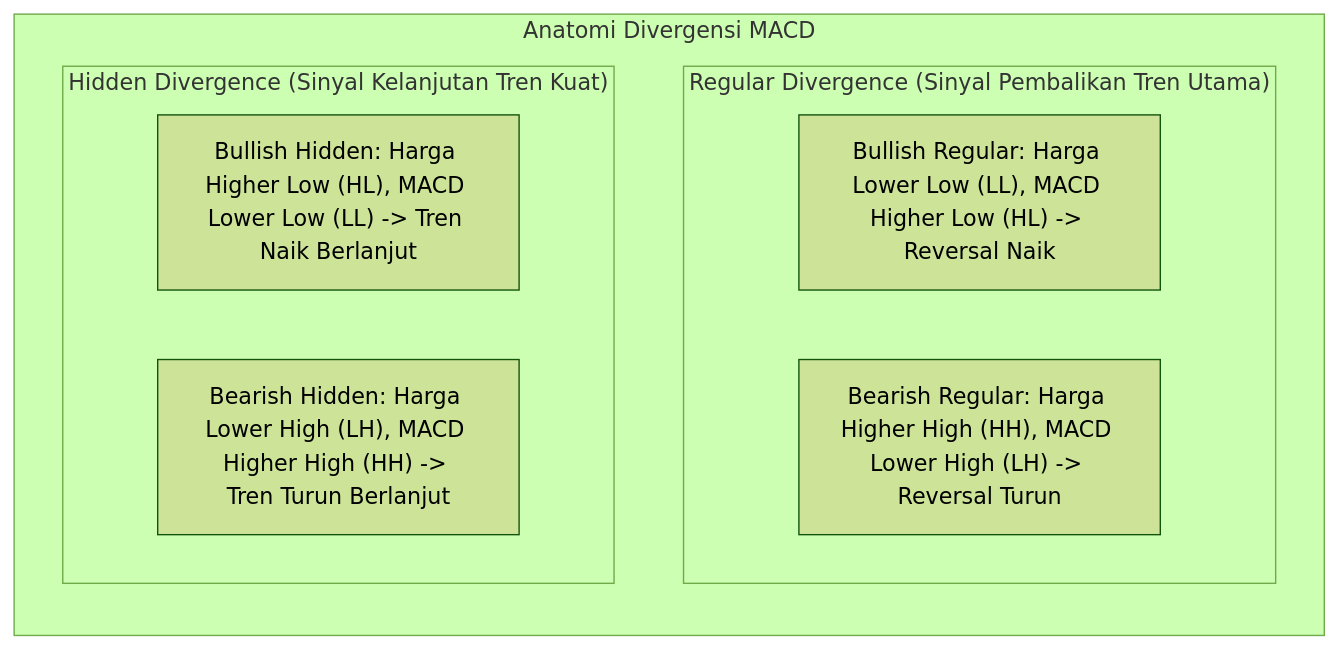
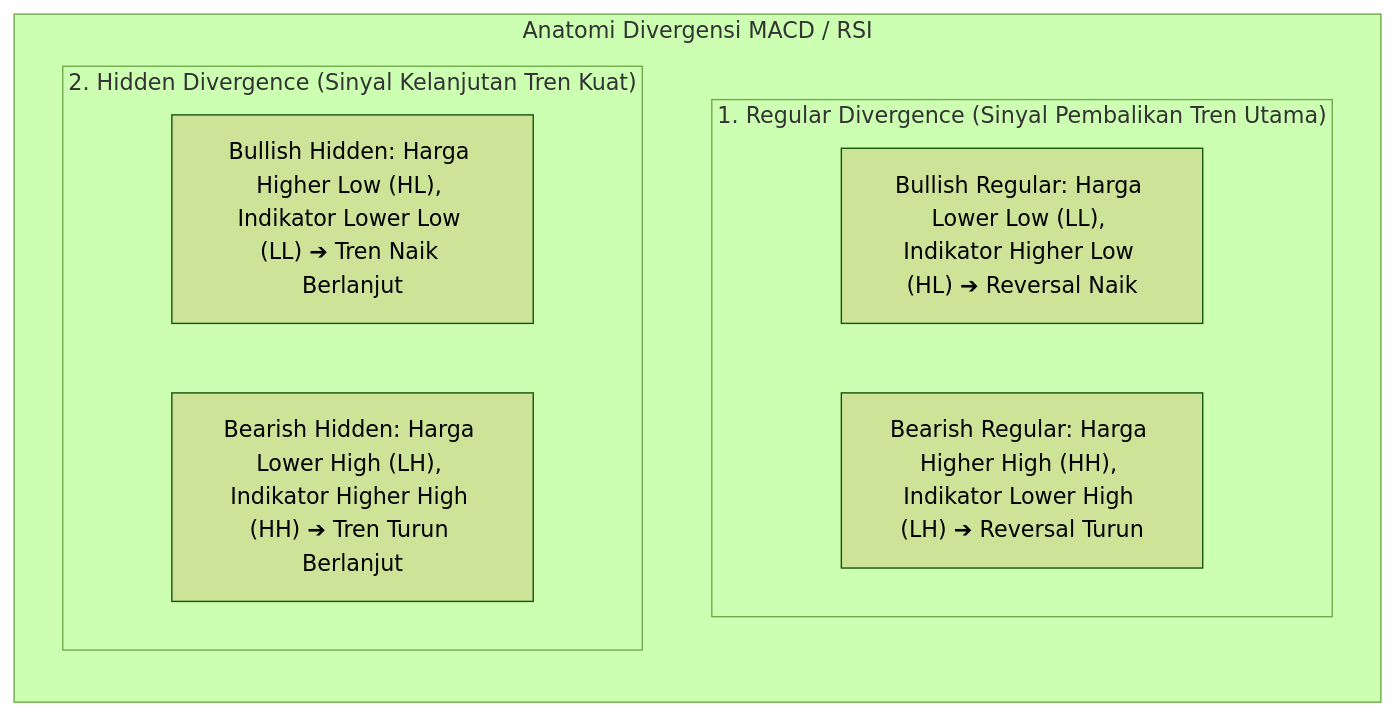
One commit to AlulCode45/Trading-Learning-Path changed the fourth of 5 diagrams in docs/edianto-ong/25-technical-indicators.md. Above: the diagram before and after it, drawn with Mermaid (forest theme). The commit also changed other lines of this file and 29 other files, not shown here.

Commit message:
docs(edianto-ong): upgrade all 29 chapters with beginner analogies, diagrams, step-by-step guides, and case studies

````diff
--- a/docs/edianto-ong/25-technical-indicators.md
+++ b/docs/edianto-ong/25-technical-indicators.md
@@ -134,14 +121,14 @@
 ```mermaid
 flowchart TD
-    subgraph DivergenceTypes["Anatomi Divergensi MACD"]
+    subgraph TaksonomiDivergensi["Anatomi Divergensi MACD / RSI"]
         direction TB
-        subgraph Regular["Regular Divergence (Sinyal Pembalikan Tren Utama)"]
-            RD1["Bullish Regular: Harga Lower Low (LL), MACD Higher Low (HL) -> Reversal Naik"]
-            RD2["Bearish Regular: Harga Higher High (HH), MACD Lower High (LH) -> Reversal Turun"]
+        subgraph Regular["1. Regular Divergence (Sinyal Pembalikan Tren Utama)"]
+            RD1["Bullish Regular: Harga Lower Low (LL), Indikator Higher Low (HL) ➔ Reversal Naik"]
+            RD2["Bearish Regular: Harga Higher High (HH), Indikator Lower High (LH) ➔ Reversal Turun"]
         end
-        subgraph Hidden["Hidden Divergence (Sinyal Kelanjutan Tren Kuat)"]
-            HD1["Bullish Hidden: Harga Higher Low (HL), MACD Lower Low (LL) -> Tren Naik Berlanjut"]
-            HD2["Bearish Hidden: Harga Lower High (LH), MACD Higher High (HH) -> Tren Turun Berlanjut"]
+        subgraph Hidden["2. Hidden Divergence (Sinyal Kelanjutan Tren Kuat)"]
+            HD1["Bullish Hidden: Harga Higher Low (HL), Indikator Lower Low (LL) ➔ Tren Naik Berlanjut"]
+            HD2["Bearish Hidden: Harga Lower High (LH), Indikator Higher High (HH) ➔ Tren Turun Berlanjut"]
         end
     end
 ```
````
